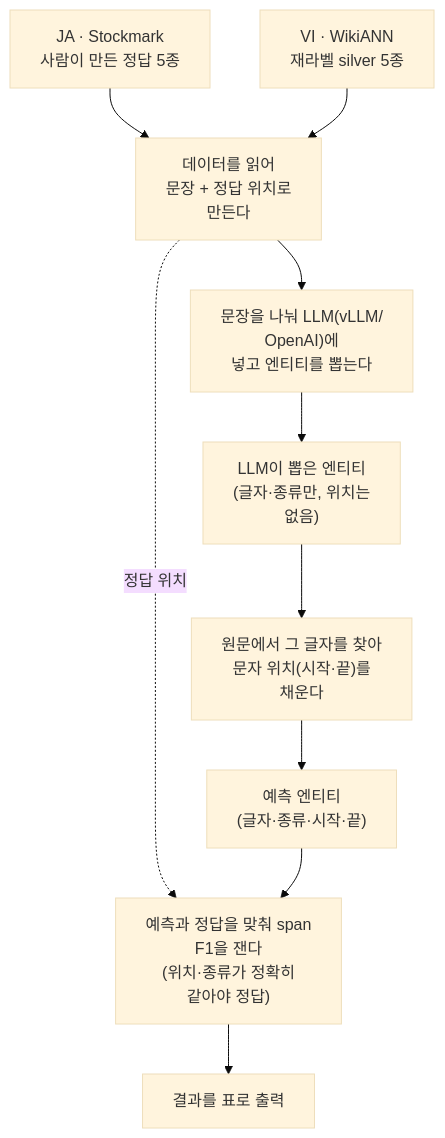
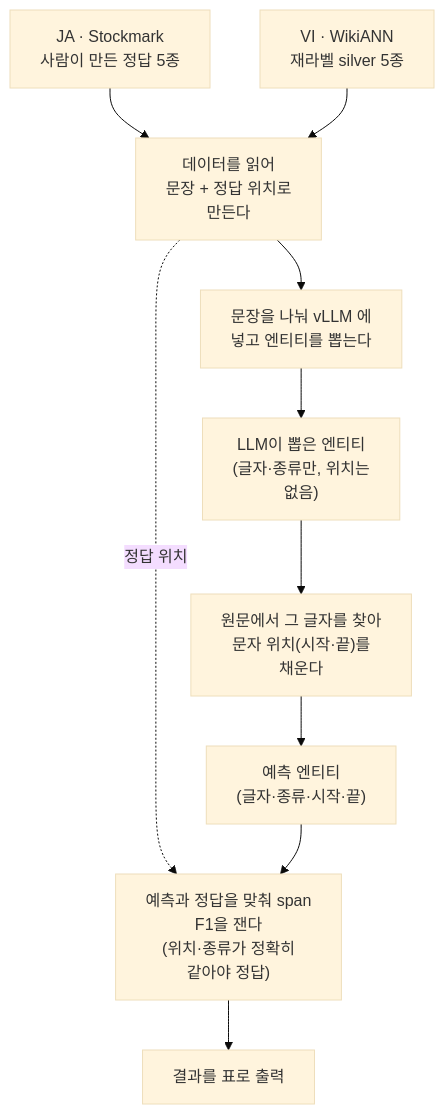
Before and after one commit to groovallstar/ner-pipeline-public: the first of 2 diagrams in docs/manual/pipeline/1-labeling.md, drawn with Mermaid (base theme). The commit also changed other lines of this file and 29 other files, not shown here.

````diff
--- a/docs/manual/pipeline/1-labeling.md
+++ b/docs/manual/pipeline/1-labeling.md
@@ -18,13 +18,13 @@
 ```mermaid
 flowchart TD
     JA["JA · Stockmark<br/>사람이 만든 정답 5종"]
     VI["VI · WikiANN<br/>재라벨 silver 5종"]
     JA & VI --> LOAD["데이터를 읽어<br/>문장 + 정답 위치로<br/>만든다"]
-    LOAD --> LLM["문장을 나눠 LLM(vLLM/<br/>OpenAI)에<br/>넣고 엔티티를 뽑는다"]
+    LOAD --> LLM["문장을 나눠 vLLM 에<br/>넣고 엔티티를 뽑는다"]
     LLM --> RAW["LLM이 뽑은 엔티티<br/>(글자·종류만, 위치는<br/>없음)"]
     RAW --> MATCH["원문에서 그 글자를 찾아<br/>문자 위치(시작·끝)를<br/>채운다"]
     MATCH --> PRED["예측 엔티티<br/>(글자·종류·시작·끝)"]
     LOAD -. 정답 위치 .-> F1
     PRED --> F1["예측과 정답을 맞춰 span<br/>F1을 잰다<br/>(위치·종류가 정확히<br/>같아야 정답)"]
     F1 --> REP["결과를 표로 출력"]
 ```
````
